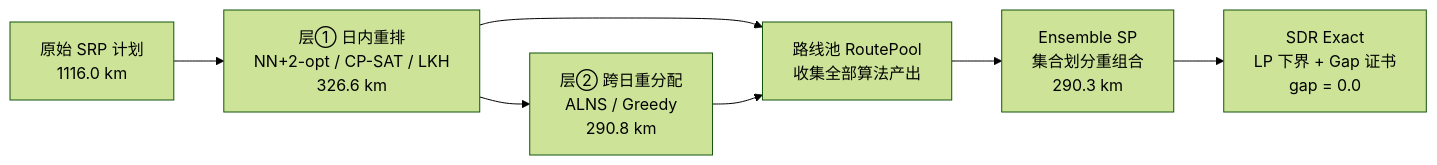
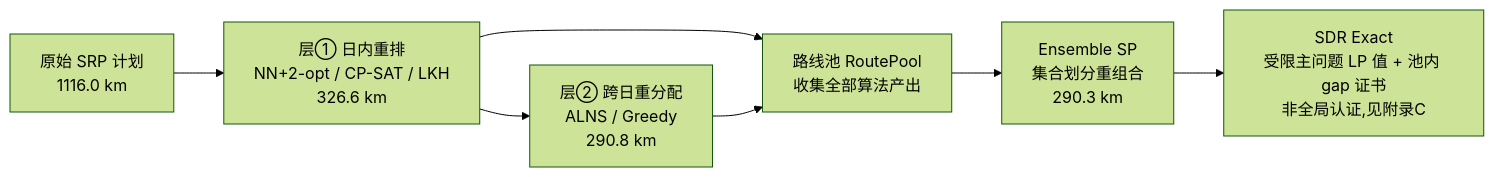
One commit to topprismdata/visit-scheduling-optimizer changed the diagram in docs/guides/ALGORITHM_GUIDE.md. Above: the diagram before and after it, drawn with Mermaid (forest theme). The commit also changed other lines of this file and 12 other files, not shown here.

````diff
--- a/docs/guides/ALGORITHM_GUIDE.md
+++ b/docs/guides/ALGORITHM_GUIDE.md
@@ -38,9 +38,9 @@
 ```mermaid
 flowchart LR
     A[原始 SRP 计划<br/>1116.0 km] --> B[层① 日内重排<br/>NN+2-opt / CP-SAT / LKH<br/>326.6 km]
     B --> C[层② 跨日重分配<br/>ALNS / Greedy<br/>290.8 km]
     B --> D[路线池 RoutePool<br/>收集全部算法产出]
     C --> D
     D --> E[Ensemble SP<br/>集合划分重组合<br/>290.3 km]
-    E --> F[SDR Exact<br/>LP 下界 + Gap 证书<br/>gap = 0.0]
+    E --> F[SDR Exact<br/>受限主问题 LP 值 + 池内 gap 证书<br/>非全局认证,见附录C]
 ```
````
